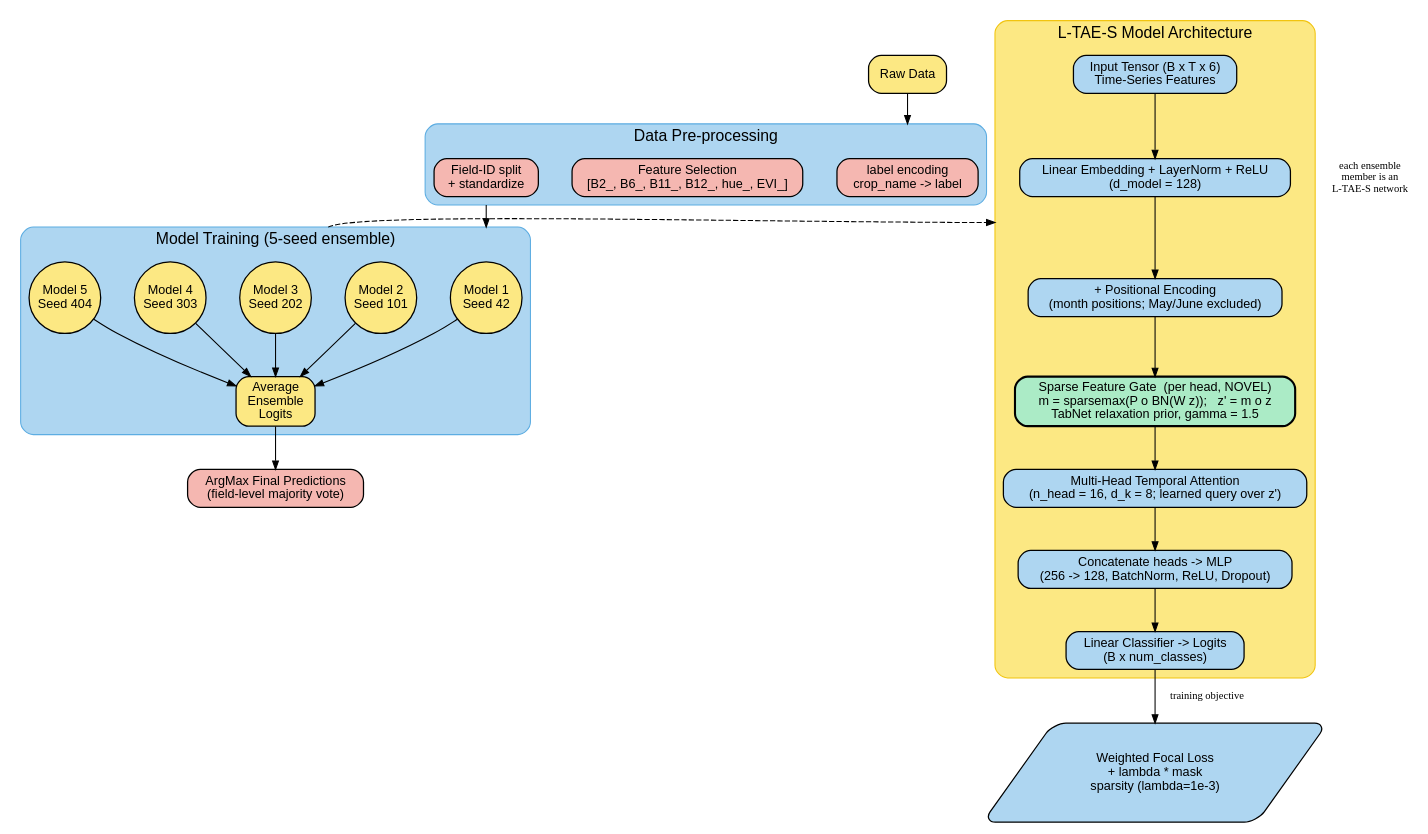
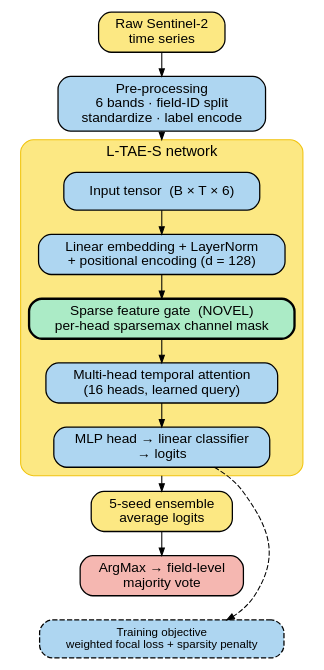
Before and after one commit to mmann1123/South_Africa_Crop_Comp: the diagram in writeup/figures/ltae_s.dot, drawn with Graphviz. The commit also changed 28 other files, not shown here.

```diff
--- a/writeup/figures/ltae_s.dot
+++ b/writeup/figures/ltae_s.dot
@@ -1,66 +1,50 @@
 // L-TAE-S architecture diagram. Style matches cnn_bilstm.pdf / tabnet.pdf
-// (Graphviz dot, pastel rounded boxes, yellow architecture cluster, seed circles,
-//  rectangle for the ensemble-averaging process, parallelogram for the loss
-//  objective). Diamonds are reserved for genuine YES/NO decisions only.
+// (Graphviz dot, pastel rounded boxes, yellow architecture cluster, green = novel
+//  component, parallelogram for the loss objective).
+//  Single top-to-bottom spine so the figure stays narrow (portrait) and remains
+//  legible when scaled to one column. Equations/hyper-parameters live in the
+//  caption and text, not in the boxes.
 //  Render:  dot -Tpdf ltae_s.dot -o ltae_s.pdf
 digraph LTAES {
   rankdir=TB;
   compound=true;
-  graph [fontname="Helvetica", fontsize=15, splines=true, nodesep=0.45, ranksep=0.55];
-  node  [fontname="Helvetica", fontsize=12, style="rounded,filled", shape=box,
-         color=black, penwidth=1.2];
-  edge  [color=black, arrowsize=0.8];
+  graph [fontname="Helvetica", fontsize=13, splines=true, nodesep=0.28, ranksep=0.32];
+  node  [fontname="Helvetica", fontsize=13, style="rounded,filled", shape=box,
+         color=black, penwidth=1.2, margin="0.14,0.07"];
+  edge  [color=black, arrowsize=0.7];
 
   // ---- palette: blue #AED6F1  yellow #FCE883  pink #F5B7B1  green #ABEBC6 ----
 
-  RawData [label="Raw Data", fillcolor="#FCE883"];
+  RawData [label="Raw Sentinel-2\ntime series", fillcolor="#FCE883"];
 
-  subgraph cluster_prep {
-    label="Data Pre-processing";
-    style="rounded,filled"; fillcolor="#AED6F1"; color="#5DADE2"; fontsize=15;
-    prep1 [label="label encoding\ncrop_name -> label", fillcolor="#F5B7B1"];
-    prep2 [label="Feature Selection\n[B2_, B6_, B11_, B12_, hue_, EVI_]", fillcolor="#F5B7B1"];
-    prep3 [label="Field-ID split\n+ standardize", fillcolor="#F5B7B1"];
+  prep [label="Pre-processing\n6 bands · field-ID split\nstandardize · label encode",
+        fillcolor="#AED6F1"];
+
+  subgraph cluster_arch {
+    label="L-TAE-S network";
+    labelloc=t; fontsize=14;
+    style="rounded,filled"; fillcolor="#FCE883"; color="#F1C40F";
+    a_in   [label="Input tensor  (B × T × 6)", fillcolor="#AED6F1"];
+    a_emb  [label="Linear embedding + LayerNorm\n+ positional encoding (d = 128)", fillcolor="#AED6F1"];
+    a_gate [label="Sparse feature gate  (NOVEL)\nper-head sparsemax channel mask", fillcolor="#ABEBC6", penwidth=2.2];
+    a_attn [label="Multi-head temporal attention\n(16 heads, learned query)", fillcolor="#AED6F1"];
+    a_mlp  [label="MLP head → linear classifier\n→ logits", fillcolor="#AED6F1"];
+    a_in -> a_emb -> a_gate -> a_attn -> a_mlp;
   }
 
-  subgraph cluster_train {
-    label="Model Training (5-seed ensemble)";
-    style="rounded,filled"; fillcolor="#AED6F1"; color="#5DADE2"; fontsize=15;
-    m1 [label="Model 1\nSeed 42",  shape=circle, fillcolor="#FCE883", width=0.95, fixedsize=true];
-    m2 [label="Model 2\nSeed 101", shape=circle, fillcolor="#FCE883", width=0.95, fixedsize=true];
-    m3 [label="Model 3\nSeed 202", shape=circle, fillcolor="#FCE883", width=0.95, fixedsize=true];
-    m4 [label="Model 4\nSeed 303", shape=circle, fillcolor="#FCE883", width=0.95, fixedsize=true];
-    m5 [label="Model 5\nSeed 404", shape=circle, fillcolor="#FCE883", width=0.95, fixedsize=true];
-    ens [label="Average\nEnsemble\nLogits", shape=box, fillcolor="#FCE883"];
-    m1 -> ens; m2 -> ens; m3 -> ens; m4 -> ens; m5 -> ens;
-  }
+  ens    [label="5-seed ensemble\naverage logits", fillcolor="#FCE883"];
+  argmax [label="ArgMax → field-level\nmajority vote", fillcolor="#F5B7B1"];
 
-  argmax [label="ArgMax Final Predictions\n(field-level majority vote)", fillcolor="#F5B7B1"];
+  loss [label="Training objective\nweighted focal loss + sparsity penalty",
+        shape=box, style="rounded,filled,dashed", fillcolor="#AED6F1", fontsize=11];
 
-  subgraph cluster_arch {
-    label="L-TAE-S Model Architecture";
-    style="rounded,filled"; fillcolor="#FCE883"; color="#F1C40F"; fontsize=15;
-    a_in   [label="Input Tensor (B x T x 6)\nTime-Series Features", fillcolor="#AED6F1"];
-    a_emb  [label="Linear Embedding + LayerNorm + ReLU\n(d_model = 128)", fillcolor="#AED6F1"];
-    a_pos  [label="+ Positional Encoding\n(month positions; May/June excluded)", fillcolor="#AED6F1"];
-    a_gate [label="Sparse Feature Gate  (per head, NOVEL)\nm = sparsemax(P o BN(W z));   z' = m o z\nTabNet relaxation prior, gamma = 1.5", fillcolor="#ABEBC6", penwidth=2.0];
-    a_attn [label="Multi-Head Temporal Attention\n(n_head = 16, d_k = 8; learned query over z')", fillcolor="#AED6F1"];
-    a_mlp  [label="Concatenate heads -> MLP\n(256 -> 128, BatchNorm, ReLU, Dropout)", fillcolor="#AED6F1"];
-    a_out  [label="Linear Classifier -> Logits\n(B x num_classes)", fillcolor="#AED6F1"];
-    a_in -> a_emb -> a_pos -> a_gate -> a_attn -> a_mlp -> a_out;
-  }
-
-  loss [label="Weighted Focal Loss\n+ lambda * mask\nsparsity (lambda=1e-3)",
-        shape=parallelogram, fillcolor="#AED6F1"];
-
-  // ---- pipeline edges ----
-  RawData -> prep1 [lhead=cluster_prep];
-  prep3 -> m1 [ltail=cluster_prep, lhead=cluster_train];
+  // ---- main spine (inference path) ----
+  RawData -> prep;
+  prep -> a_in [lhead=cluster_arch];
+  a_mlp -> ens [ltail=cluster_arch];
   ens -> argmax;
 
-  // architecture detail of each ensemble member (placed to the right)
-  m3 -> a_in [ltail=cluster_train, lhead=cluster_arch, style=dashed,
-              label="each ensemble\nmember is an\nL-TAE-S network", fontsize=10,
-              constraint=false];
-  a_out -> loss [label="  training objective", fontsize=10];
+  // training objective: centered below the spine so it does not widen the figure
+  argmax -> loss [style=invis];
+  a_mlp -> loss [style=dashed, constraint=false];
 }
```
